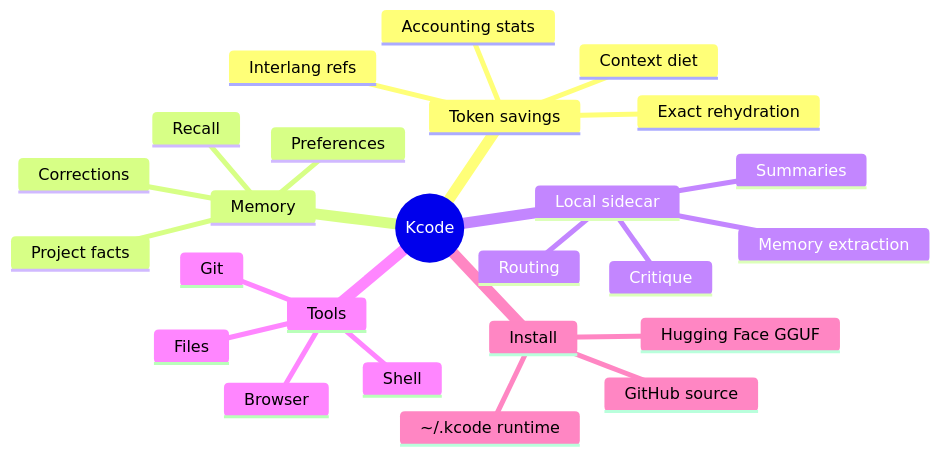
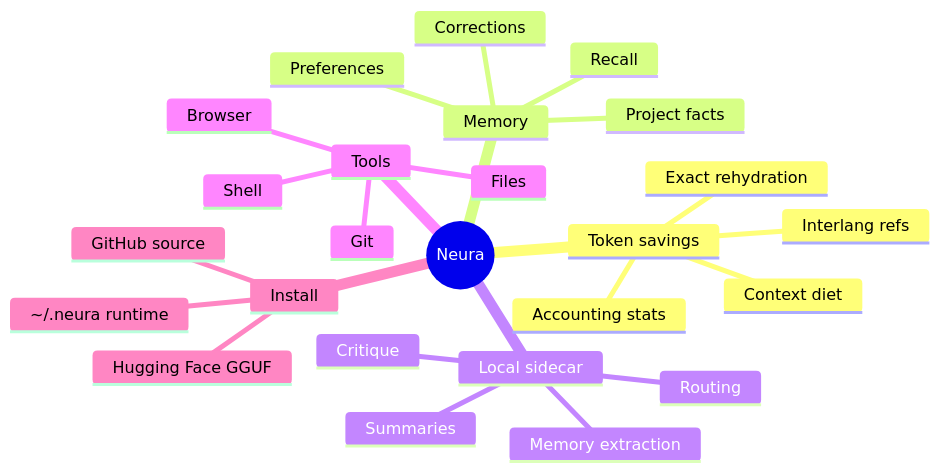
Before and after one commit to icedmoca/neura: diagram 13 of 26 in docs/ABOUT.md, drawn with Mermaid. The commit also changed other lines of this file and 562 other files, not shown here.

Commit message:
Rename Kcode to Neura

````diff
--- a/docs/ABOUT.md
+++ b/docs/ABOUT.md
@@ -476,28 +476,28 @@
 ```mermaid
 mindmap
-  root((Kcode))
+  root((Neura))
     Token savings
       Context diet
       Interlang refs
       Exact rehydration
       Accounting stats
     Memory
       Preferences
       Project facts
       Corrections
       Recall
     Local sidecar
       Routing
       Summaries
       Critique
       Memory extraction
     Tools
       Shell
       Files
       Browser
       Git
     Install
       GitHub source
       Hugging Face GGUF
-      ~/.kcode runtime
+      ~/.neura runtime
 ```
````
